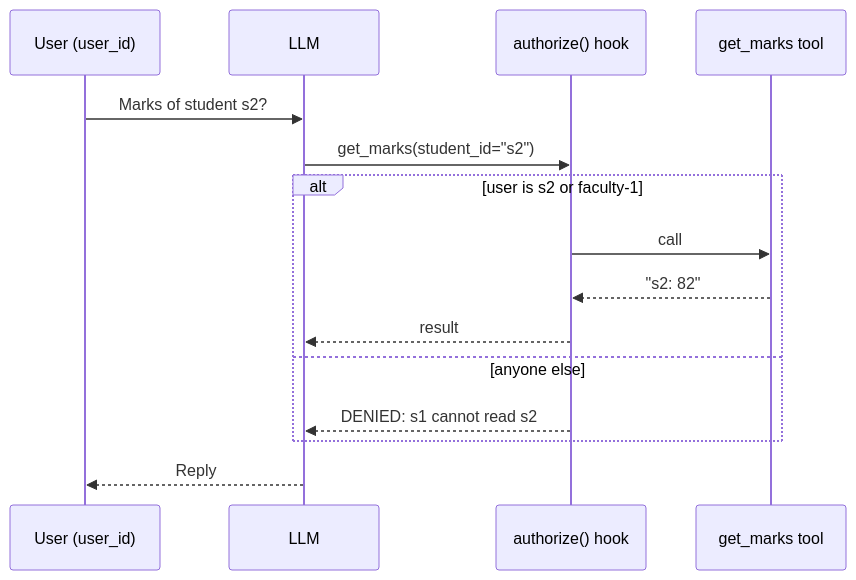
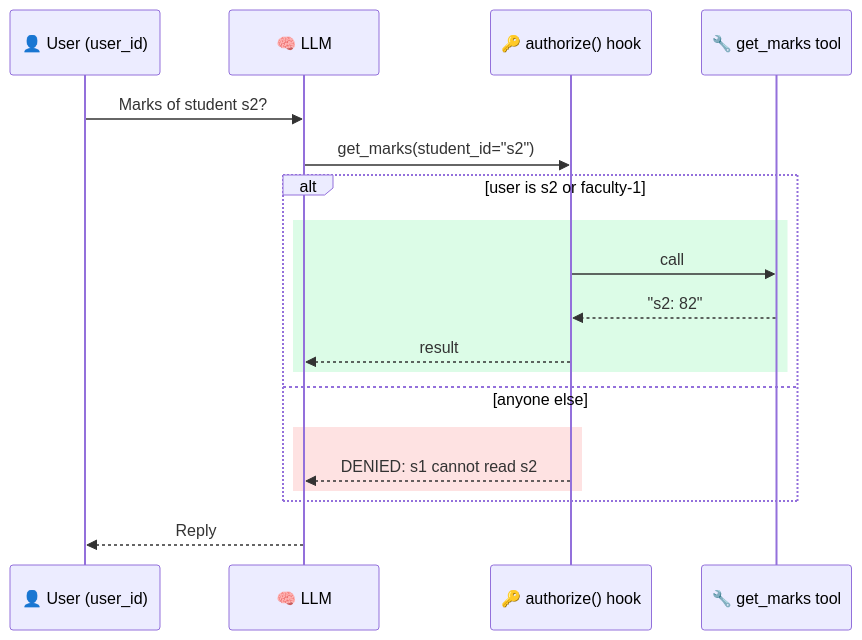
Before and after one commit to ashishpatel26/Responsible-AI-for-AI-Agent-Harness: the fourth of 7 diagrams in README.md, drawn with Mermaid. The commit also changed other lines of this file and 1 other file, not shown here.

````diff
--- a/README.md
+++ b/README.md
@@ -63,17 +80,21 @@
 ```mermaid
 sequenceDiagram
-    participant U as User (user_id)
-    participant L as LLM
-    participant H as authorize() hook
-    participant T as get_marks tool
+    participant U as 👤 User (user_id)
+    participant L as 🧠 LLM
+    participant H as 🔑 authorize() hook
+    participant T as 🔧 get_marks tool
     U->>L: Marks of student s2?
     L->>H: get_marks(student_id="s2")
     alt user is s2 or faculty-1
+        rect rgb(220, 252, 231)
         H->>T: call
         T-->>H: "s2: 82"
         H-->>L: result
+        end
     else anyone else
+        rect rgb(254, 226, 226)
         H-->>L: DENIED: s1 cannot read s2
+        end
     end
     L-->>U: Reply
 ```
````
